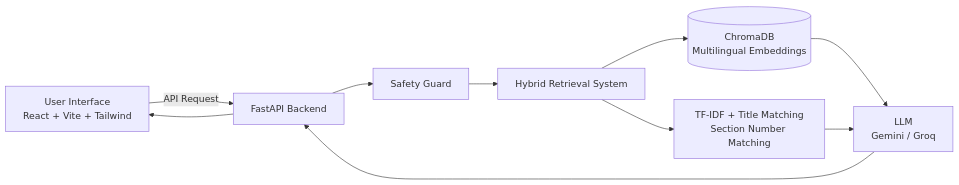
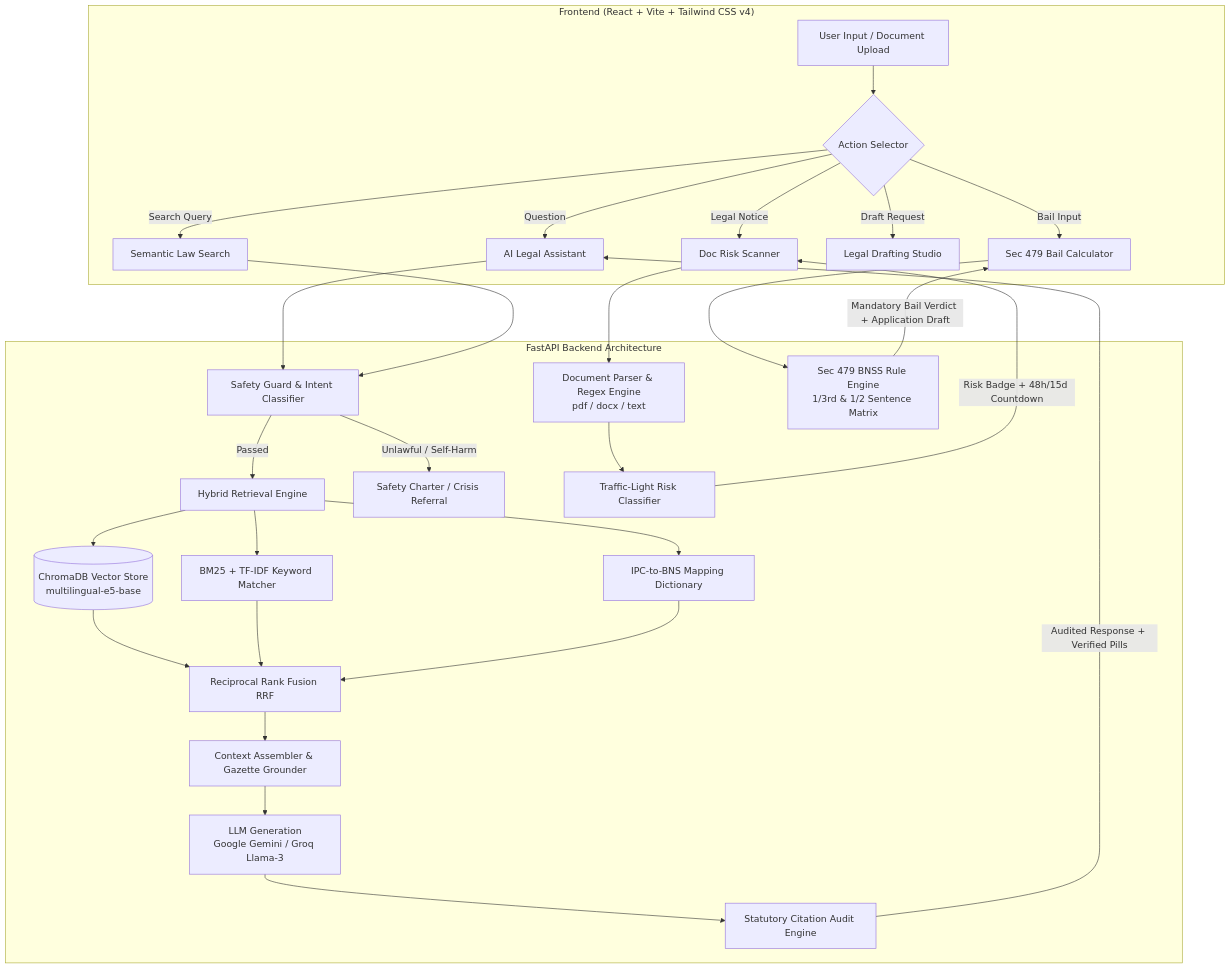
Before and after one commit to ravnoor-1407/Nyaya-Sahayak-Legal-AI-Assistant: the diagram in README.md, drawn with Mermaid. The commit also changed other lines of this file and 6 other files, not shown here.

Commit message:
Delete obsolete test case files for legal documents and university assignments; update README to reflect changes in document availability and risk assessments.

````diff
--- a/README.md
+++ b/README.md
@@ -141,20 +118,36 @@
 ```mermaid
-flowchart LR
-    U[User Interface<br/>React + Vite + Tailwind] -->|API Request| B[FastAPI Backend]
+flowchart TD
+    subgraph UI ["Frontend (React + Vite + Tailwind CSS v4)"]
+        A[User Input / Document Upload] --> B{Action Selector}
+        B -->|Question| C[AI Legal Assistant]
+        B -->|Legal Notice| D[Doc Risk Scanner]
+        B -->|Bail Input| E[Sec 479 Bail Calculator]
+        B -->|Draft Request| F[Legal Drafting Studio]
+        B -->|Search Query| G[Semantic Law Search]
+    end
 
-    B --> S[Safety Guard]
+    subgraph Backend ["FastAPI Backend Architecture"]
+        C & G --> H[Safety Guard & Intent Classifier]
+        H -->|Passed| I[Hybrid Retrieval Engine]
+        H -->|Unlawful / Self-Harm| J[Safety Charter / Crisis Referral]
 
-    S --> R[Hybrid Retrieval System]
+        I --> K[(ChromaDB Vector Store<br/>multilingual-e5-base)]
+        I --> L[BM25 + TF-IDF Keyword Matcher]
+        I --> M[IPC-to-BNS Mapping Dictionary]
 
-    R --> V[(ChromaDB<br/>Multilingual Embeddings)]
+        K & L & M --> N[Reciprocal Rank Fusion RRF]
+        N --> O[Context Assembler & Gazette Grounder]
 
-    R --> K[TF-IDF + Title Matching<br/>Section Number Matching]
+        O --> P[LLM Generation<br/>Google Gemini / Groq Llama-3]
+        P --> Q[Statutory Citation Audit Engine]
 
-    V --> L[LLM<br/>Gemini / Groq]
+        D --> R[Document Parser & Regex Engine<br/>pdf / docx / text]
+        R --> S[Traffic-Light Risk Classifier]
 
-    K --> L
+        E --> T[Sec 479 BNSS Rule Engine<br/>1/3rd & 1/2 Sentence Matrix]
+    end
 
-    L --> B
-
-    B --> U
+    Q -->|Audited Response + Verified Pills| C
+    S -->|Risk Badge + 48h/15d Countdown| D
+    T -->|Mandatory Bail Verdict + Application Draft| E
 ```
````
